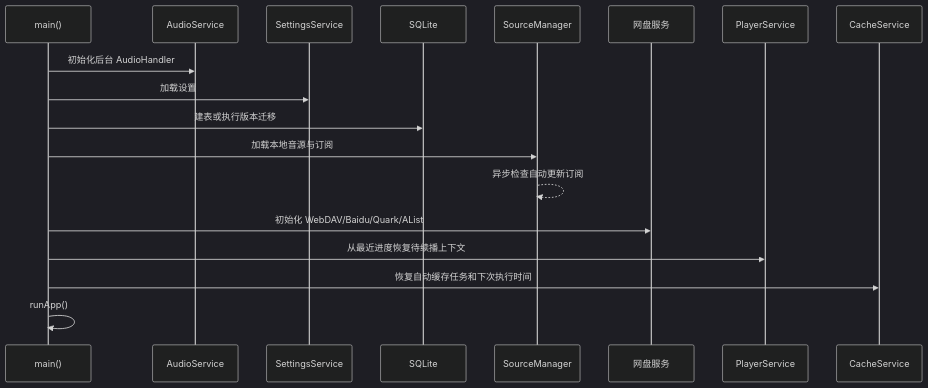
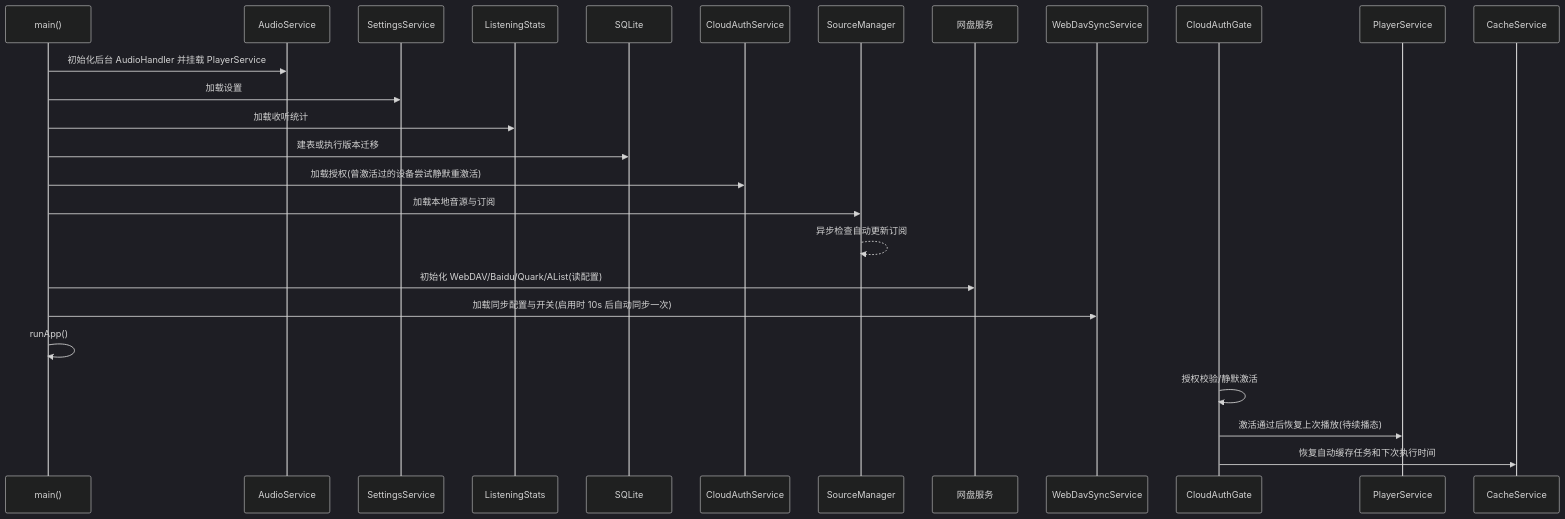
Before and after one commit to Skorxa/tingshu-flutter-release: the second of 4 diagrams in docs/软件架构.md, drawn with Mermaid (dark theme). The commit also changed other lines of this file and 1 other file, not shown here.

````diff
--- a/docs/软件架构.md
+++ b/docs/软件架构.md
@@ -118,21 +134,29 @@
 ```mermaid
 sequenceDiagram
     participant App as main()
     participant Audio as AudioService
     participant Settings as SettingsService
+    participant Stats as ListeningStats
     participant DB as SQLite
+    participant Auth as CloudAuthService
     participant Sources as SourceManager
     participant Cloud as 网盘服务
+    participant Sync as WebDavSyncService
+    participant Gate as CloudAuthGate
     participant Player as PlayerService
     participant Cache as CacheService
 
-    App->>Audio: 初始化后台 AudioHandler
+    App->>Audio: 初始化后台 AudioHandler 并挂载 PlayerService
     App->>Settings: 加载设置
+    App->>Stats: 加载收听统计
     App->>DB: 建表或执行版本迁移
+    App->>Auth: 加载授权(曾激活过的设备尝试静默重激活)
     App->>Sources: 加载本地音源与订阅
     Sources-->>Sources: 异步检查自动更新订阅
-    App->>Cloud: 初始化 WebDAV/Baidu/Quark/AList
-    App->>Player: 从最近进度恢复待续播上下文
-    App->>Cache: 恢复自动缓存任务和下次执行时间
+    App->>Cloud: 初始化 WebDAV/Baidu/Quark/AList(读配置)
+    App->>Sync: 加载同步配置与开关(启用时 10s 后自动同步一次)
     App->>App: runApp()
+    Gate->>Gate: 授权校验/静默激活
+    Gate->>Player: 激活通过后恢复上次播放(待续播态)
+    Gate->>Cache: 恢复自动缓存任务和下次执行时间
 ```
````
